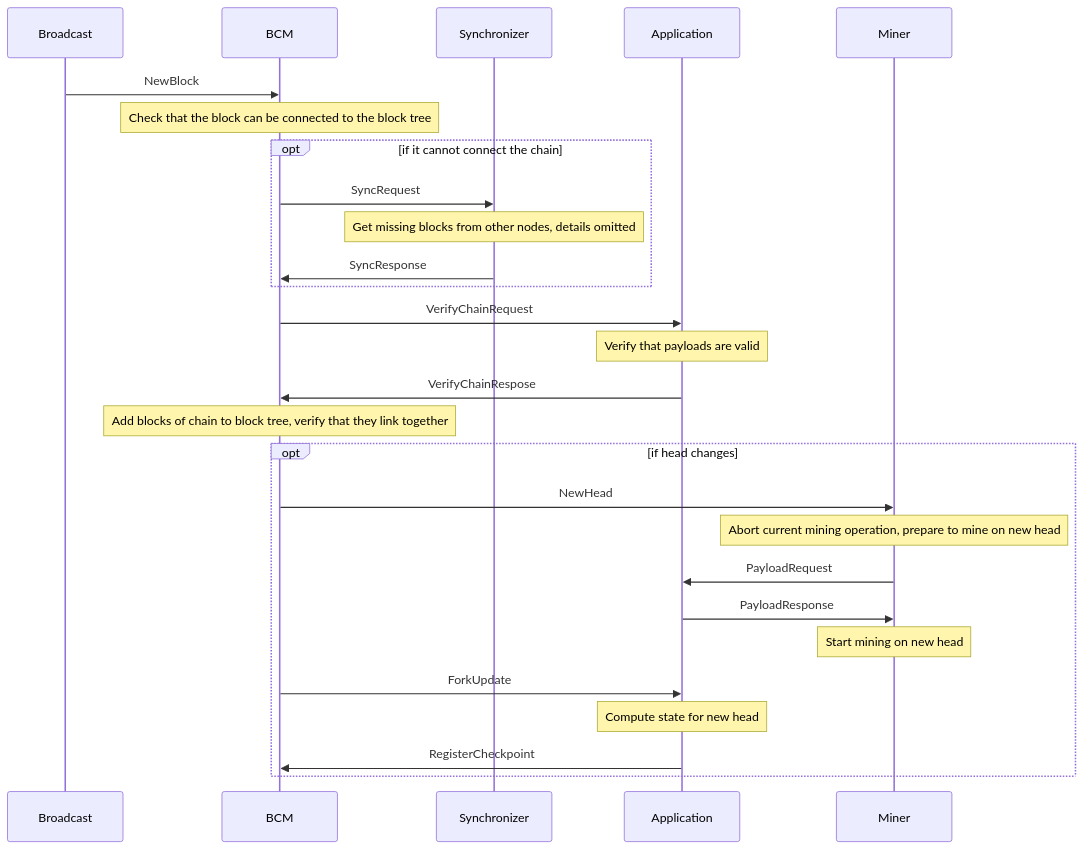
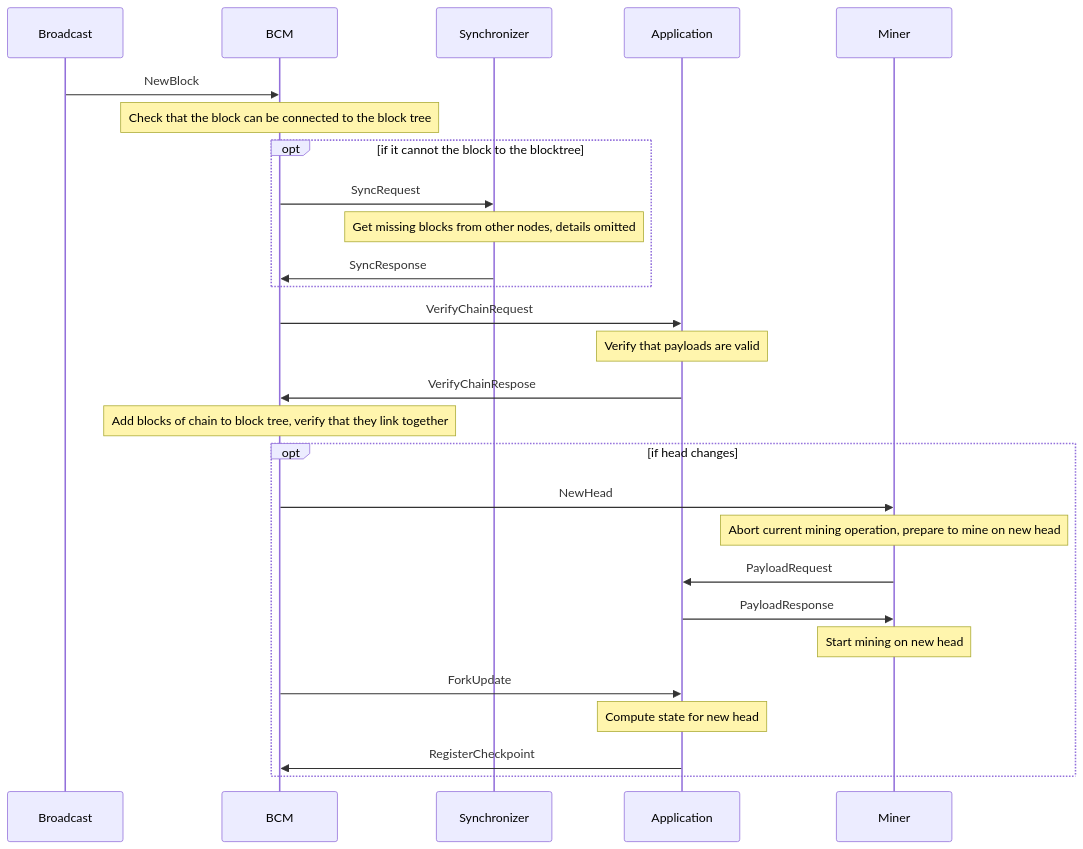
The second of 2 diagrams in samples/blockchain/README.md (consensus-shipyard/mir), drawn with Mermaid before and after one commit. The commit also changed other lines of this file, not shown here.

````diff
--- a/samples/blockchain/README.md
+++ b/samples/blockchain/README.md
@@ -74,26 +184,26 @@
 ```mermaid
 sequenceDiagram
     Broadcast ->> BCM: NewBlock
     Note over BCM: Check that the block can be connected to the block tree
-    opt if it cannot connect the chain
+    opt if it cannot the block to the blocktree
     BCM ->> Synchronizer: SyncRequest
     Note over Synchronizer: Get missing blocks from other nodes, details omitted
     Synchronizer ->> BCM: SyncResponse
     end
     BCM ->> Application: VerifyChainRequest
     Note over Application: Verify that payloads are valid
     Application ->> BCM: VerifyChainRespose
     Note over BCM: Add blocks of chain to block tree, verify that they link together
 
 
     opt if head changes
     BCM ->> Miner: NewHead
     Note over Miner: Abort current mining operation, prepare to mine on new head
     Miner ->> Application: PayloadRequest
     Application ->> Miner: PayloadResponse
     Note over Miner: Start mining on new head
     BCM ->> Application: ForkUpdate
     Note over Application: Compute state for new head
     Application ->> BCM: RegisterCheckpoint
     end
 ```
````
